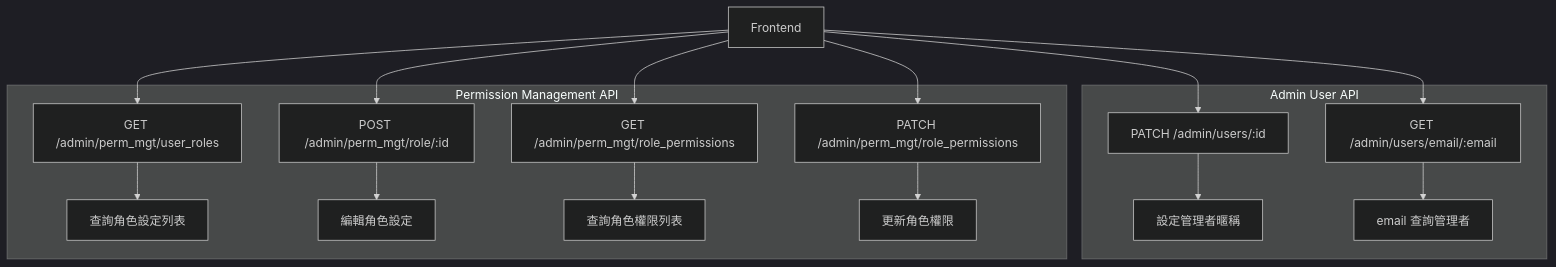
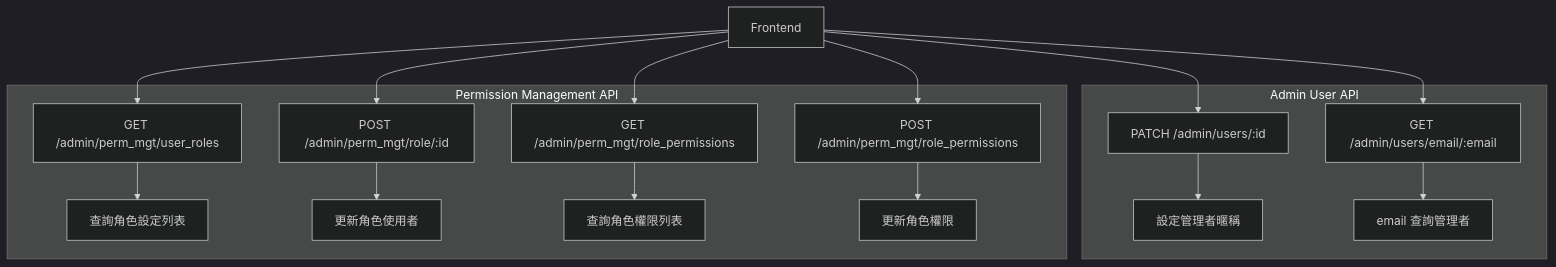
One commit to harry-tsai/notebook changed the first of 2 diagrams in api/design/permission_management/README.md. Above: the diagram before and after it, drawn with Mermaid (dark theme). The commit also changed other lines of this file, not shown here.

Commit message:
update from PATCH to POST with /admin/perm_mgt/role_permissions

````diff
--- a/api/design/permission_management/README.md
+++ b/api/design/permission_management/README.md
@@ -9,24 +9,24 @@
 ```mermaid
 graph TD
     A[Frontend]
     subgraph Admin User API
         B[PATCH /admin/users/:id] --> C[設定管理者暱稱]
         D[GET /admin/users/email/:email] --> E[email 查詢管理者]
     end
 
     A --> B
     A --> D
 
     subgraph Permission Management API
         F[GET /admin/perm_mgt/user_roles] --> G[查詢角色設定列表]
-        H[POST /admin/perm_mgt/role/:id] --> I[編輯角色設定]
+        H[POST /admin/perm_mgt/role/:id] --> I[更新角色使用者]
 
         J[GET /admin/perm_mgt/role_permissions] --> K[查詢角色權限列表]
-        L[PATCH /admin/perm_mgt/role_permissions] --> M[更新角色權限]
+        L[POST /admin/perm_mgt/role_permissions] --> M[更新角色權限]
     end
 
     A --> F
     A --> H
     A --> J
     A --> L
 ```
````
